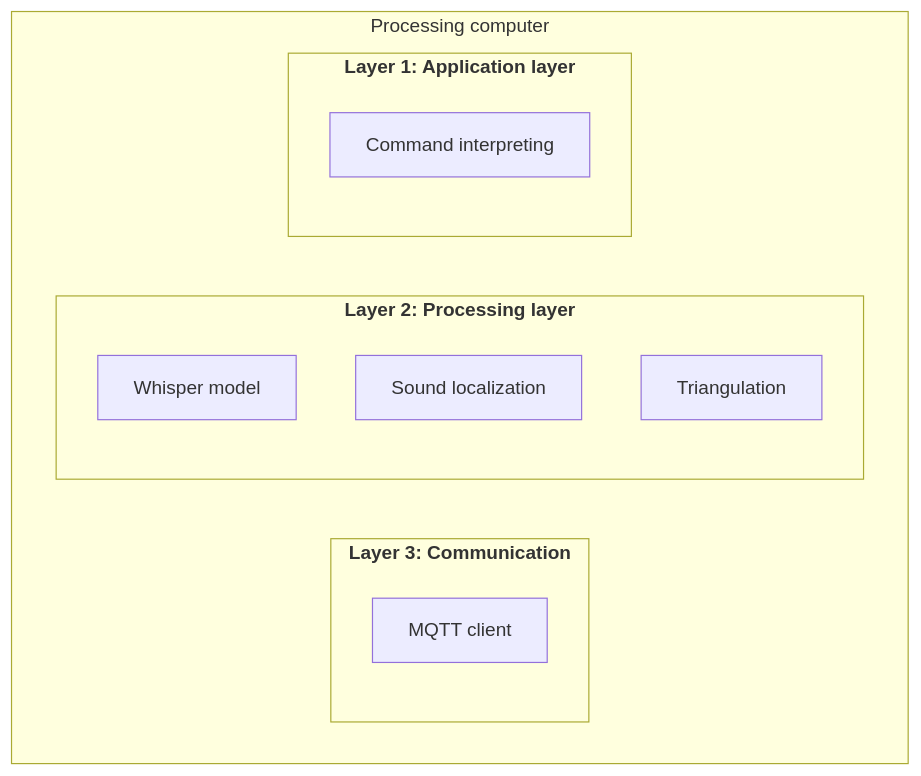
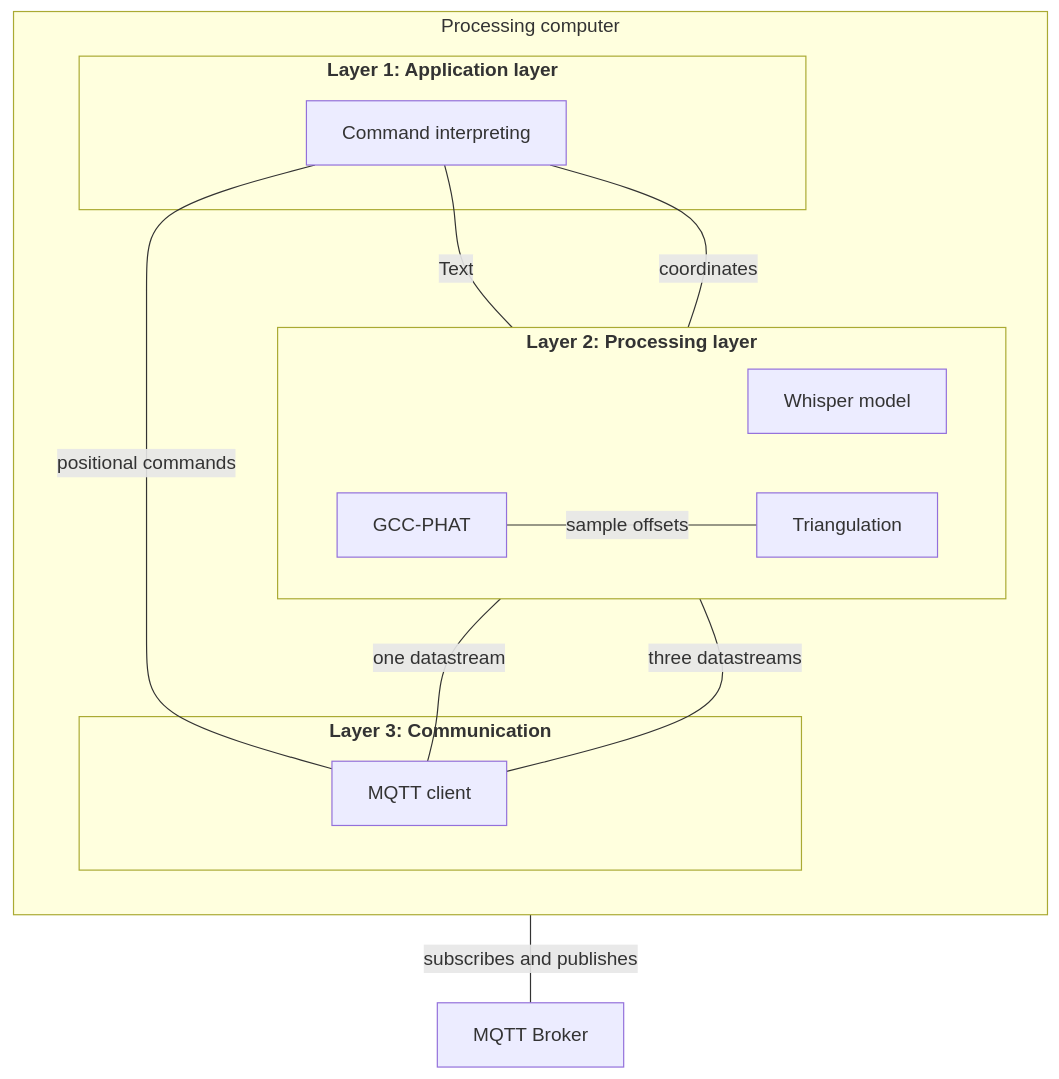
The diagram in mermaidCharts/pc.mmd (Lukas4314/3-Semester-project), drawn with Mermaid before and after one commit. The commit also changed 2 other files, not shown here.

Commit message:
Refactor flowcharts for PC, RPI, and ESP: update labels and add missing connections

```diff
--- a/mermaidCharts/pc.mmd
+++ b/mermaidCharts/pc.mmd
@@ -1,18 +1,29 @@
-flowchart TD
+flowchart BT
     subgraph PC[Processing computer]
+        direction BT
         subgraph L3[<b>Layer 3: Communication</b>]
             PC_MQTT[MQTT client]
         end
         subgraph L2[<b>Layer 2: Processing layer</b>]
+            direction LR
             PC_Whisper[Whisper model]
-            PC_SL[Sound localization]
+            PC_SL[GCC-PHAT]
             PC_Triangulation[Triangulation]
 
         end
         subgraph L1[<b>Layer 1: Application layer</b>]
             PC_App[Command interpreting]
             
-
         end
 
     end
+
+    MQTT_Broker[MQTT Broker] -- "subscribes and publishes" --- PC_MQTT
+
+    PC_MQTT -- "one datastream" --- PC_Whisper
+    PC_MQTT -- "three datastreams" --- PC_SL
+    PC_SL -- "sample offsets" --- PC_Triangulation
+    
+    PC_Whisper -- "Text" --- PC_App
+    PC_Triangulation -- "coordinates" --- PC_App
+    PC_MQTT -- "positional commands" --- PC_App
```
